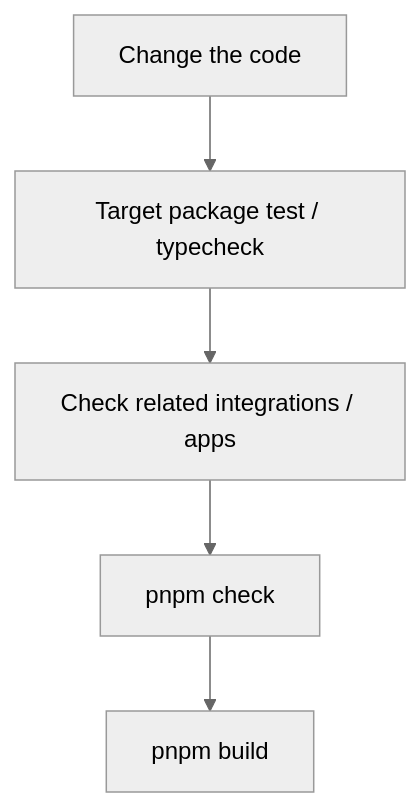
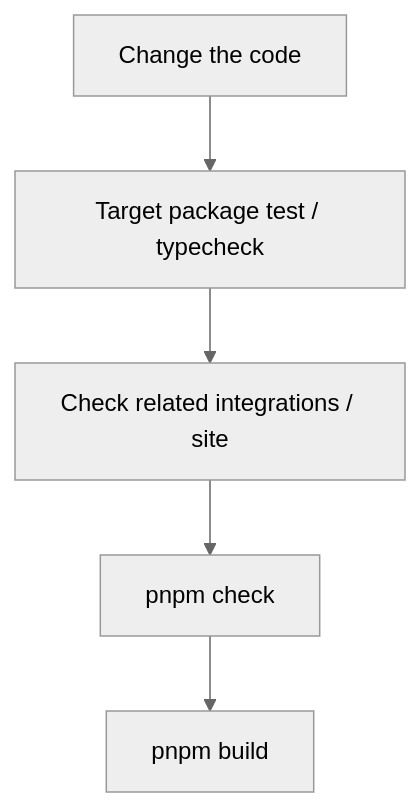
One commit to Rerurate514/riebeckite changed the first of 3 diagrams in docs/docs/framework/development/workflow.md. Above: the diagram before and after it, drawn with Mermaid (neutral theme). The commit also changed other lines of this file and 125 other files, not shown here.

````diff
--- a/docs/docs/framework/development/workflow.md
+++ b/docs/docs/framework/development/workflow.md
@@ -14,13 +14,13 @@
 ```mermaid
 flowchart TD
     Change["Change the code"]
     Focus["Target package test / typecheck"]
-    Related["Check related integrations / apps"]
+    Related["Check related integrations / site"]
     Check["pnpm check"]
     Build["pnpm build"]
 
     Change --> Focus
     Focus --> Related
     Related --> Check
     Check --> Build
 ```
````
